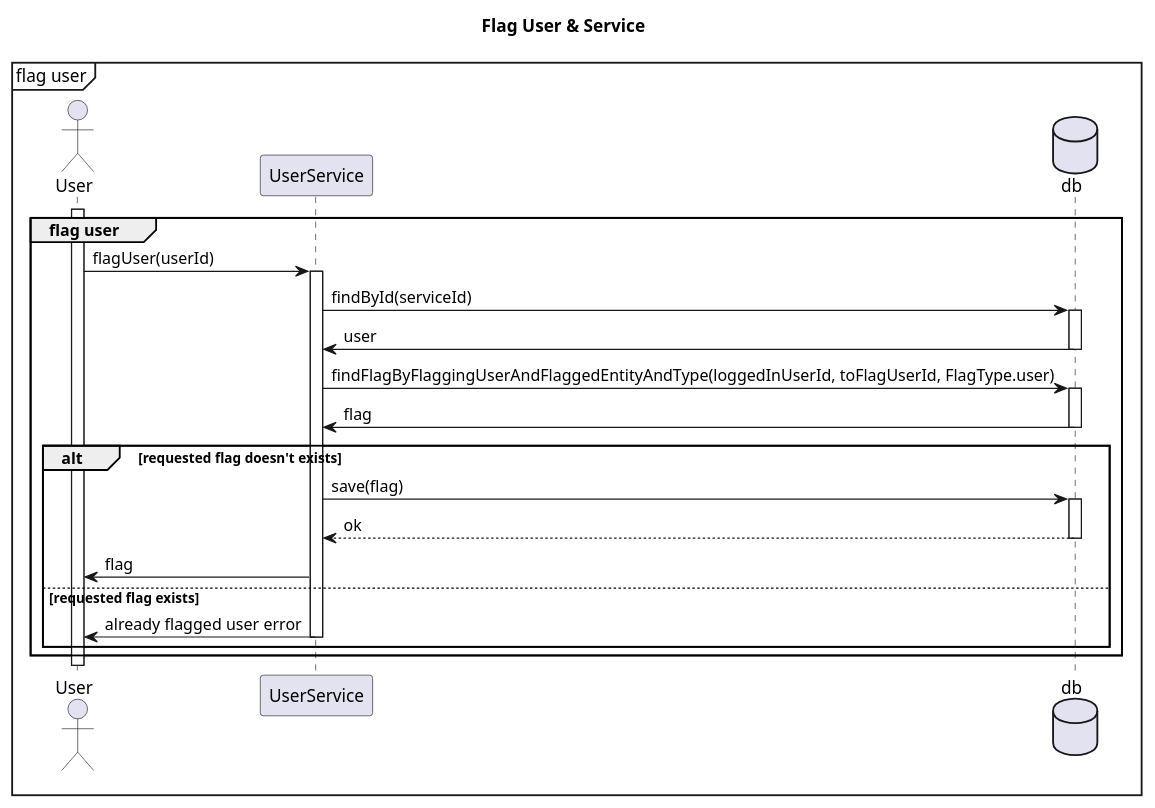
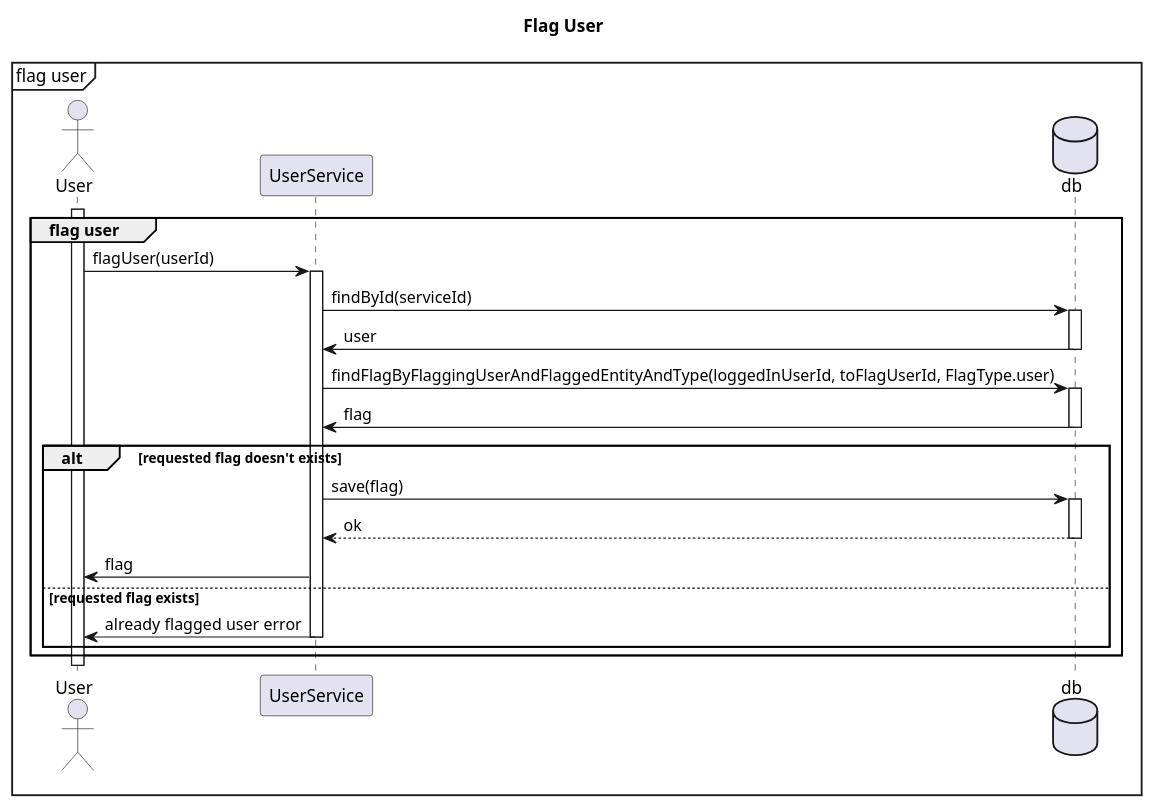
Before and after one commit to zeyneplervesarp/swe574-javagang: the diagram in diagrams/sequence-diagram-flag-user.puml, drawn with PlantUML. The commit also changed 1 other file, not shown here.

Commit message:
diagram update

```diff
--- a/diagrams/sequence-diagram-flag-user.puml
+++ b/diagrams/sequence-diagram-flag-user.puml
@@ -1,35 +1,35 @@
 @startuml Sequence
 
 mainframe flag user
-title "Flag User & Service"
+title "Flag User"
 actor User
 participant UserService
 database db
 
 group flag user
 activate User
 
 User -> UserService: flagUser(userId)
 activate UserService
 UserService -> db: findById(serviceId)
 activate db
 db -> UserService: user
 deactivate db
 UserService -> db: findFlagByFlaggingUserAndFlaggedEntityAndType(loggedInUserId, toFlagUserId, FlagType.user)
 activate db
 db -> UserService: flag
 deactivate db
 
 alt requested flag doesn't exists
     UserService -> db: save(flag)
     activate db
     db --> UserService: ok
     deactivate db
     UserService -> User: flag
 else requested flag exists
     UserService -> User: already flagged user error
     deactivate UserService
 end
 end group
 
 @enduml
```
